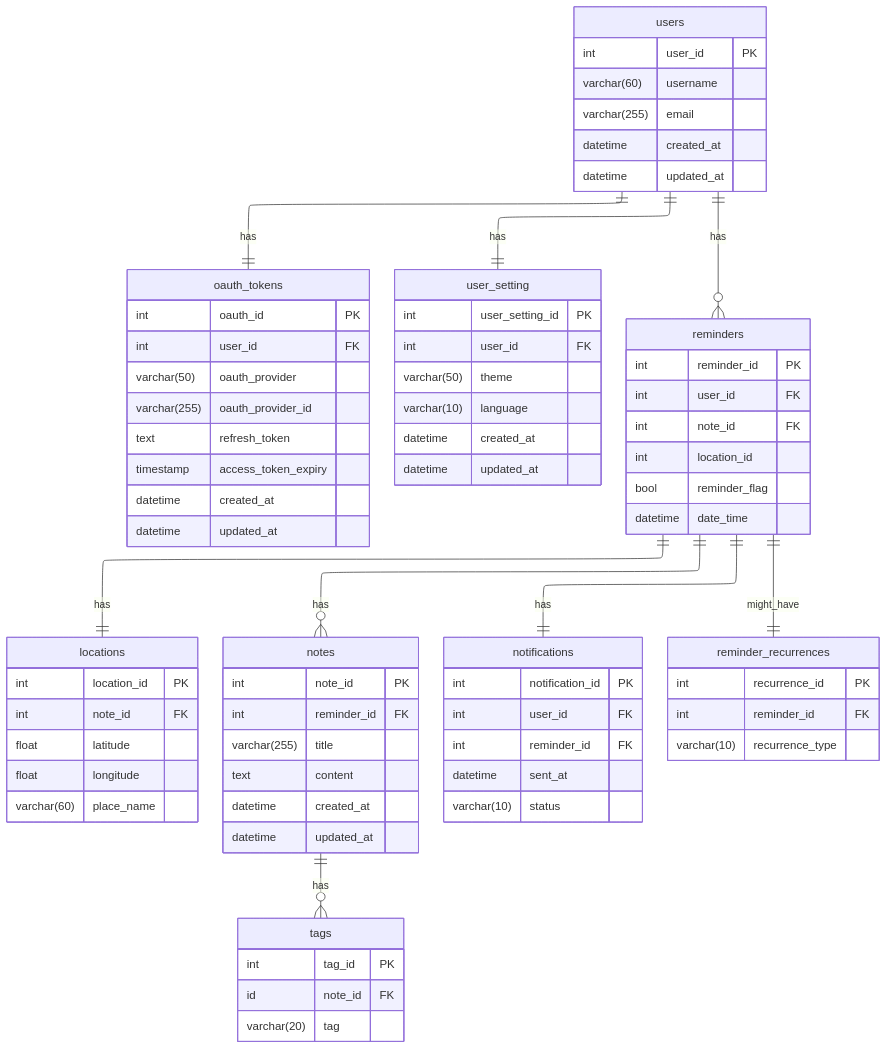
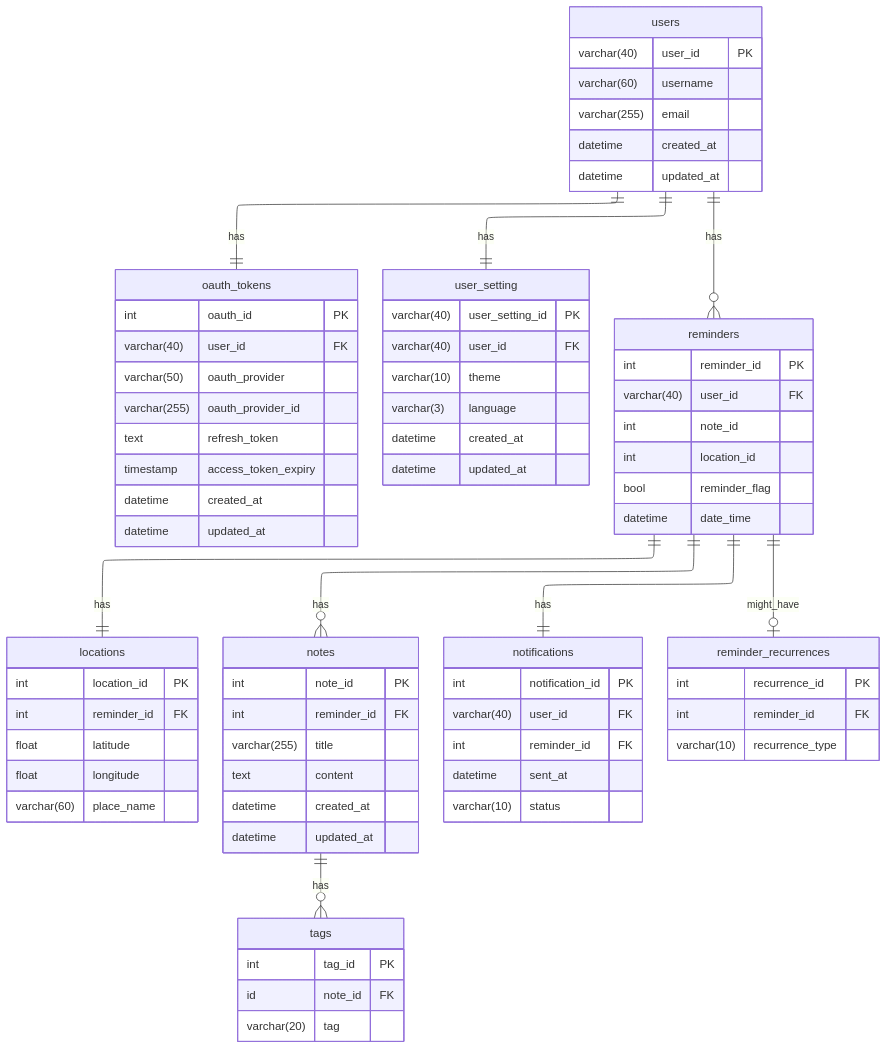
One commit to MapMinder/mapminder_backend changed the diagram in documents/er_diagram.md. Above: the diagram before and after it, drawn with Mermaid.

Commit message:
fix: er図のremindersとreminder_recurrencesのカーディナリティを修正

````diff
--- a/documents/er_diagram.md
+++ b/documents/er_diagram.md
@@ -9,7 +9,7 @@
 
 oauth_tokens {
     int oauth_id PK
-    int user_id FK 
+    varchar(40) user_id FK 
     varchar(50) oauth_provider
     varchar(255) oauth_provider_id
     text refresh_token
@@ -19,16 +19,16 @@
 }
 
 user_setting {
-    int user_setting_id PK
-    int user_id FK
-    varchar(50) theme
-    varchar(10) language
+    varchar(40) user_setting_id PK
+    varchar(40) user_id FK
+    varchar(10) theme
+    varchar(3) language
     datetime created_at
     datetime updated_at
 }
 
 users {
-    int user_id PK
+    varchar(40) user_id PK
     varchar(60) username
     varchar(255) email
     datetime created_at
@@ -43,7 +43,7 @@
 
 locations {
     int location_id PK
-    int note_id FK
+    int reminder_id FK
     float latitude
     float longitude
     varchar(60) place_name
@@ -51,8 +51,8 @@
 
 reminders {
     int reminder_id PK
-    int user_id FK
-    int note_id FK
+    varchar(40) user_id FK
+    int note_id
     int location_id
     bool reminder_flag
     datetime date_time
@@ -69,7 +69,7 @@
 
 notifications {
     int notification_id PK
-    int user_id FK
+    varchar(40) user_id FK
     int reminder_id FK
     datetime sent_at
     varchar(10) status
@@ -88,5 +88,5 @@
 notes ||--o{ tags : has
 reminders ||--|| locations : has
 reminders ||--|| notifications : has
-reminders ||--|| reminder_recurrences : might_have
+reminders ||--o| reminder_recurrences : might_have
 ```
````
